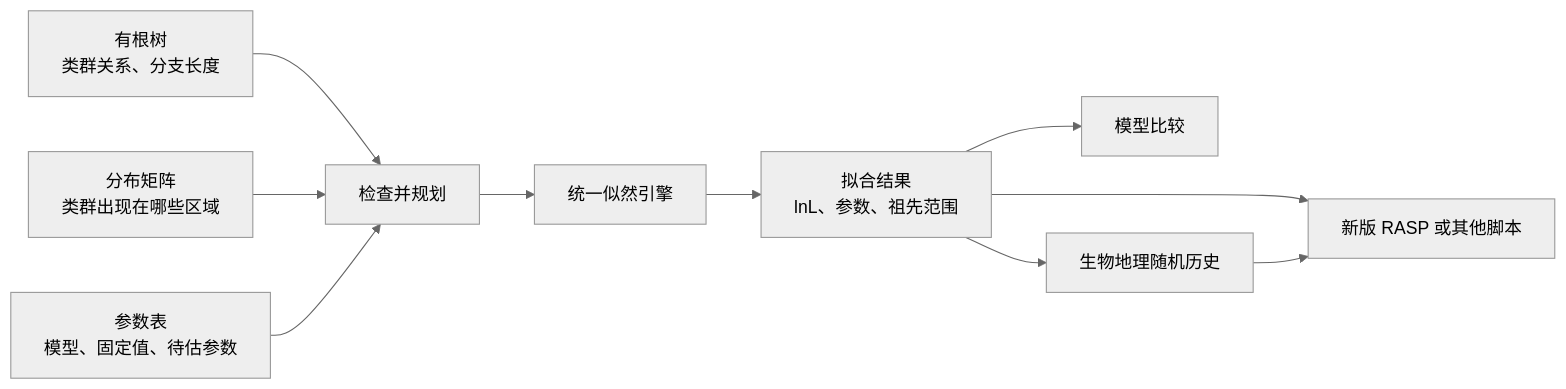
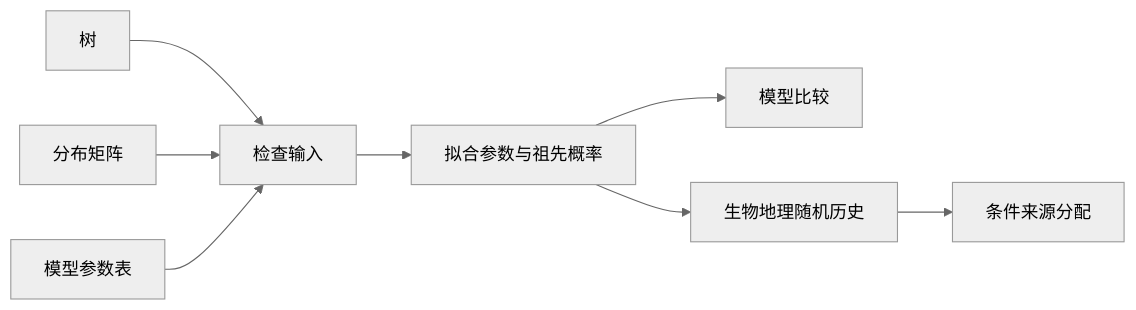
The diagram in README.md (Yxu-bio/biogeo-rs), drawn with Mermaid (neutral theme) before and after one commit. The commit also changed other lines of this file and 98 other files, not shown here.

````diff
--- a/README.md
+++ b/README.md
@@ -21,12 +58,10 @@
-```mermaid
+~~~mermaid
 flowchart LR
-    T["有根树<br/>类群关系、分支长度"] --> P["检查并规划"]
-    R["分布矩阵<br/>类群出现在哪些区域"] --> P
-    M["参数表<br/>模型、固定值、待估参数"] --> P
-    P --> E["统一似然引擎"]
-    E --> F["拟合结果<br/>lnL、参数、祖先范围"]
+    T["树"] --> P["检查输入"]
+    R["分布矩阵"] --> P
+    M["模型参数表"] --> P
+    P --> F["拟合参数与祖先概率"]
     F --> C["模型比较"]
     F --> B["生物地理随机历史"]
-    F --> A["新版 RASP 或其他脚本"]
-    B --> A
-```
+    B --> S["条件来源分配"]
+~~~
````
